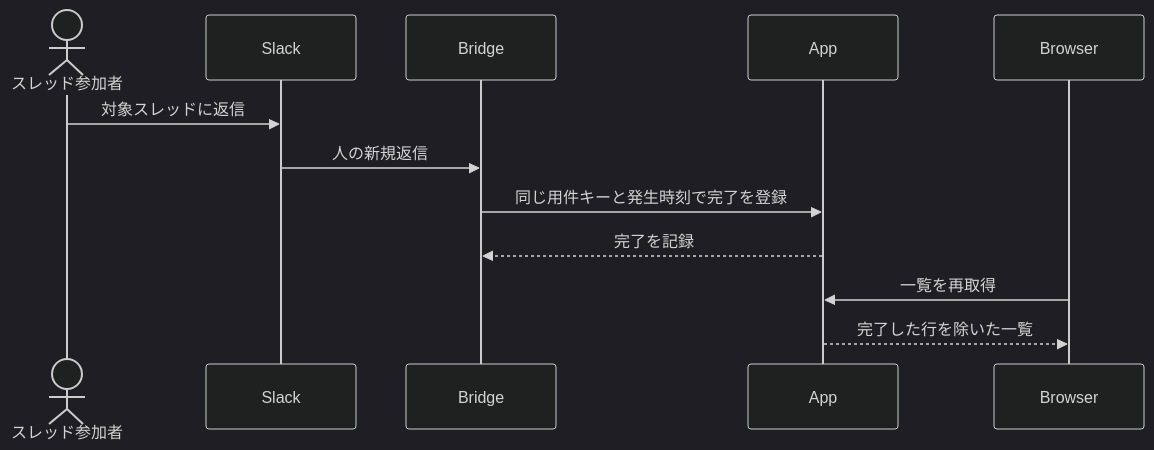
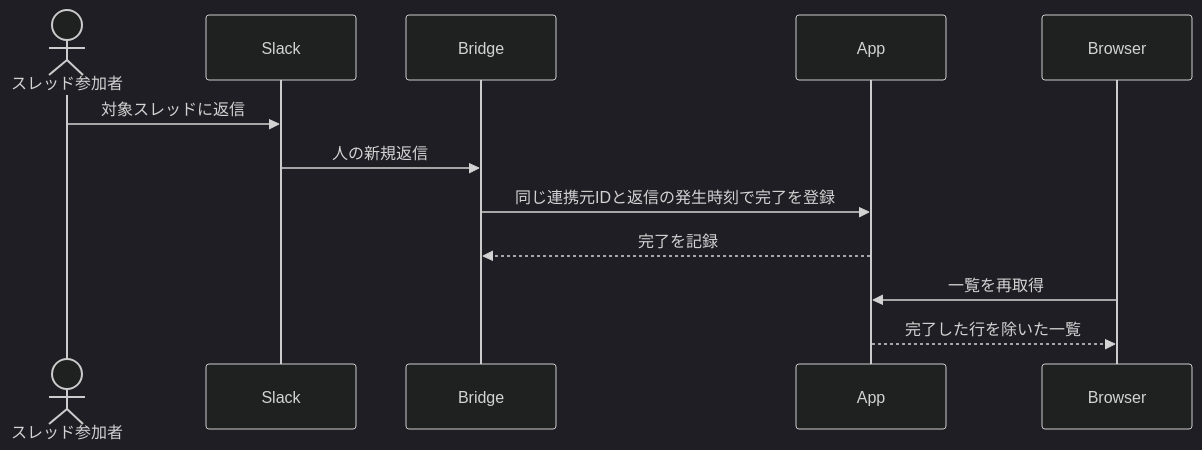
The third of 4 diagrams in reply-watch/docs/spec/features/reply-tracking/USECASE.md (nishimura-yuma77/preview), drawn with Mermaid (dark theme) before and after one commit. The commit also changed other lines of this file and 6 other files, not shown here.

````diff
--- a/reply-watch/docs/spec/features/reply-tracking/USECASE.md
+++ b/reply-watch/docs/spec/features/reply-tracking/USECASE.md
@@ -54,10 +55,10 @@
 ```mermaid
 sequenceDiagram
     actor U as スレッド参加者
     U->>Slack: 対象スレッドに返信
     Slack->>Bridge: 人の新規返信
-    Bridge->>App: 同じ用件キーと発生時刻で完了を登録
+    Bridge->>App: 同じ連携元IDと返信の発生時刻で完了を登録
     App-->>Bridge: 完了を記録
     Browser->>App: 一覧を再取得
     App-->>Browser: 完了した行を除いた一覧
 ```
````
